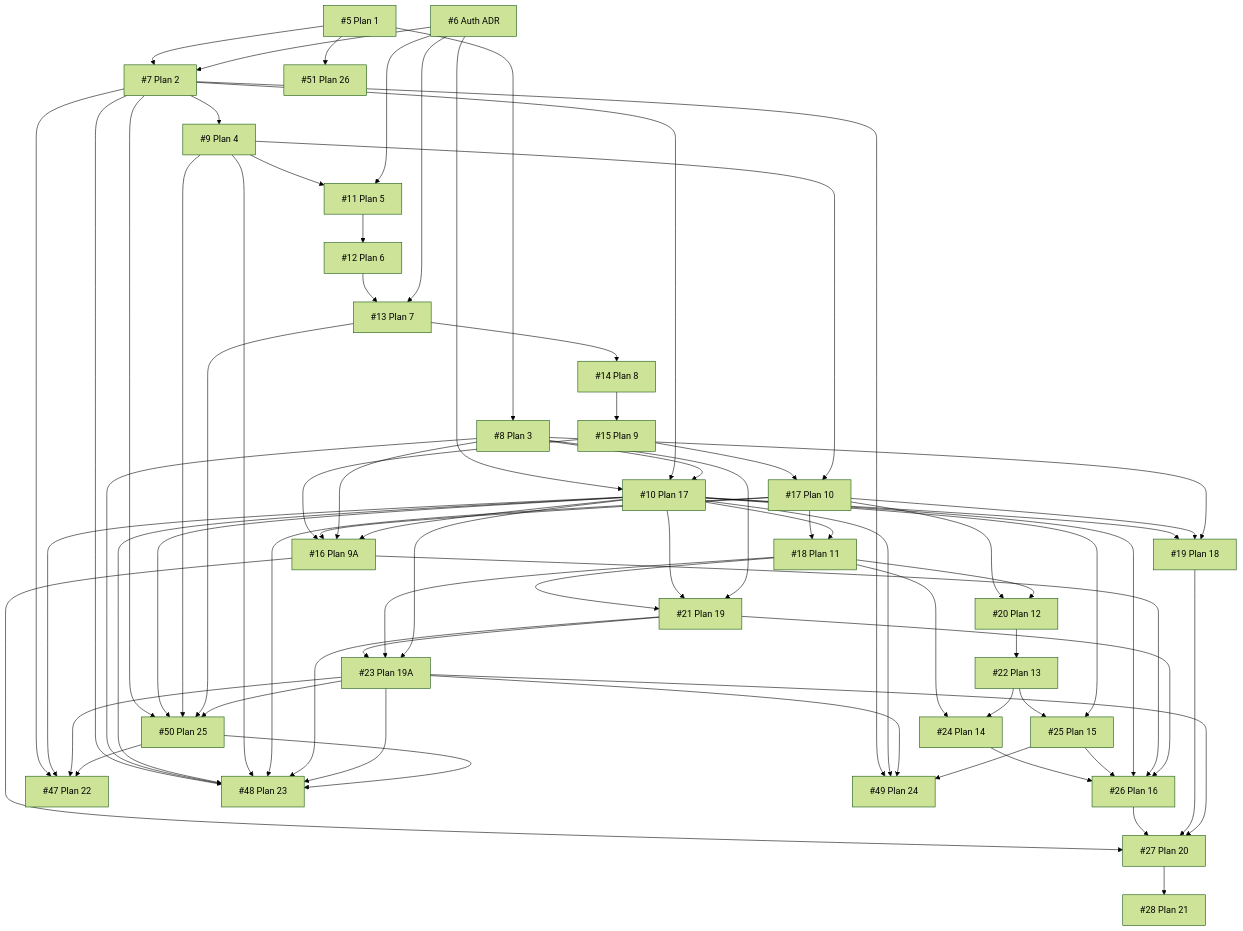
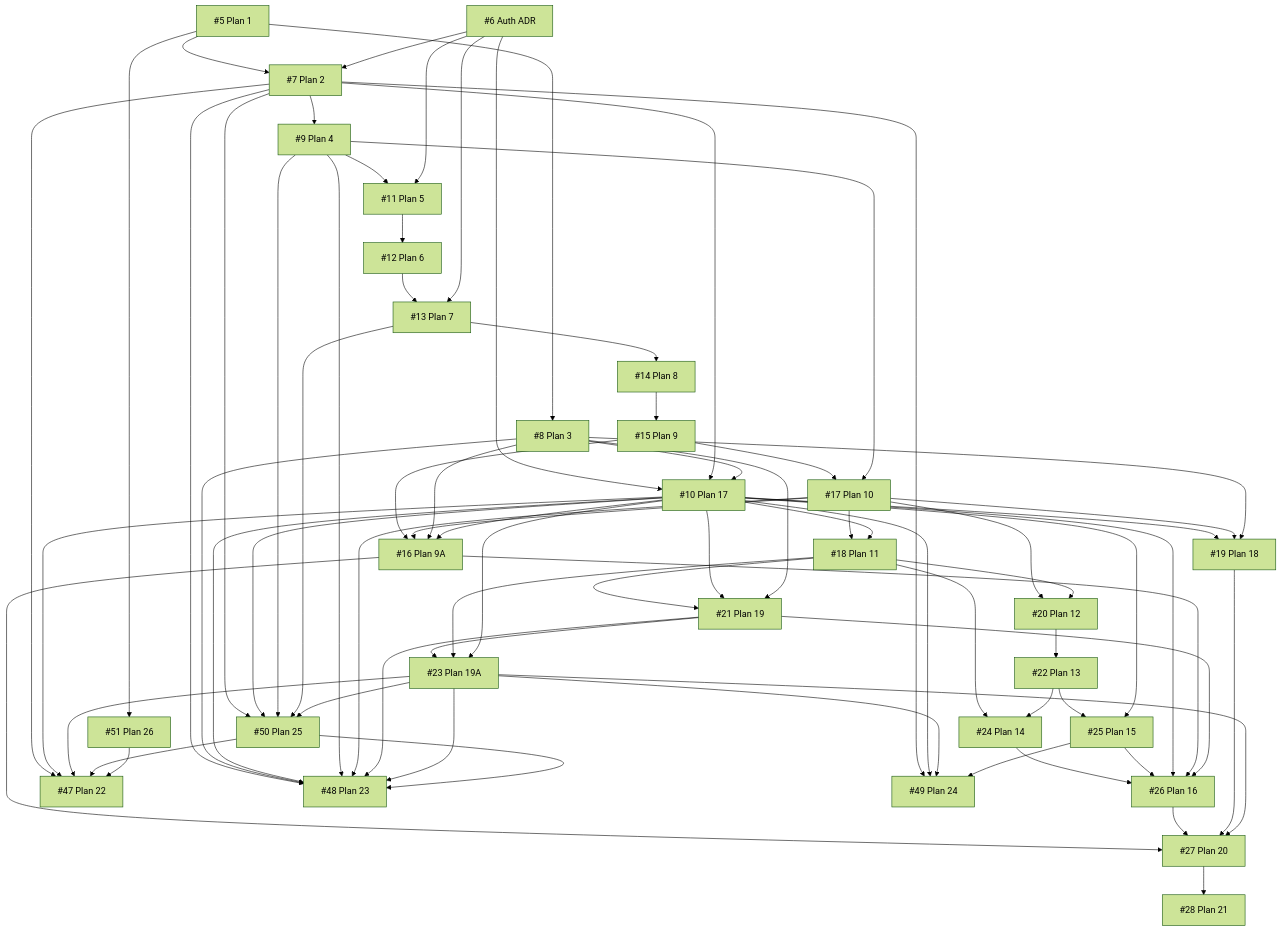
The diagram in docs/INITIAL_ISSUES.md (TomokiAkiyama06/server-sentinel), drawn with Mermaid (forest theme) before and after one commit. The commit also changed other lines of this file, not shown here.

```diff
--- a/docs/INITIAL_ISSUES.md
+++ b/docs/INITIAL_ISSUES.md
@@ -143,6 +143,7 @@
   i10 --> i47
   i23 --> i47
   i50 --> i47
+  i51 --> i47
   i7 --> i48
   i8 --> i48
   i10 --> i48
```
